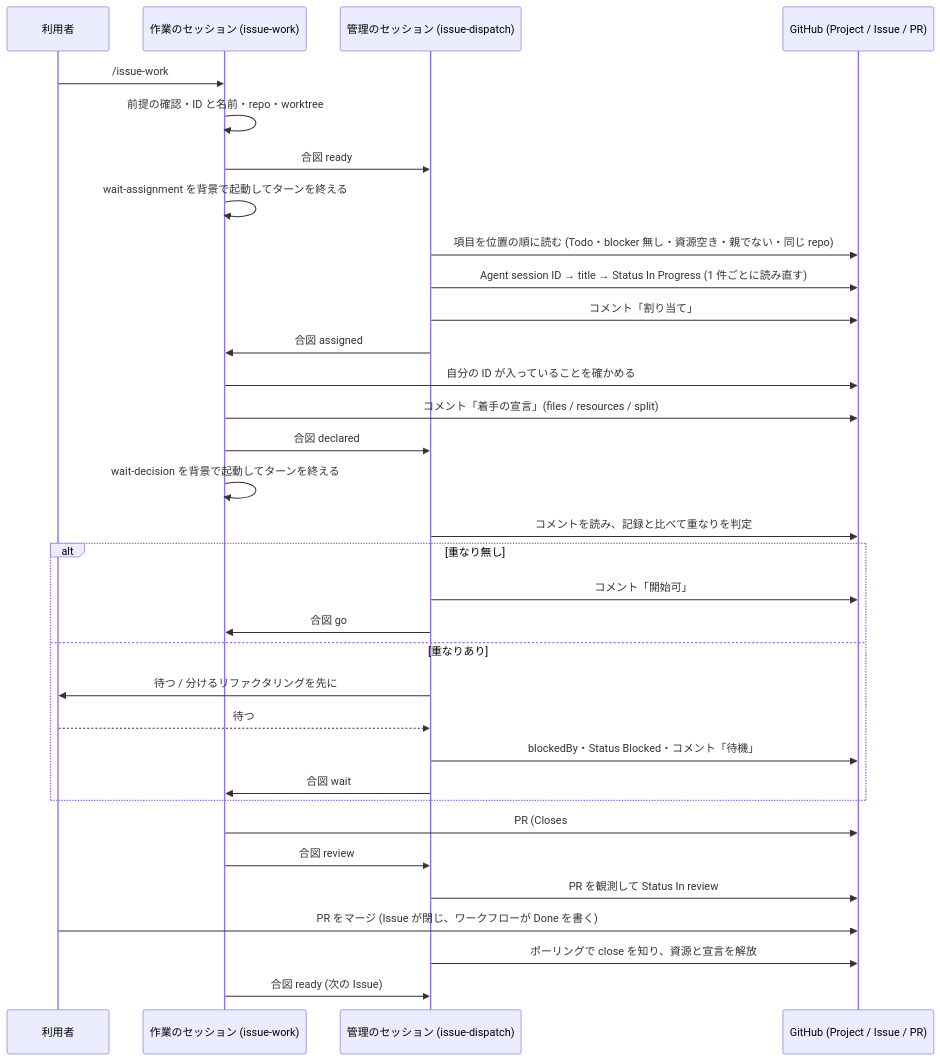
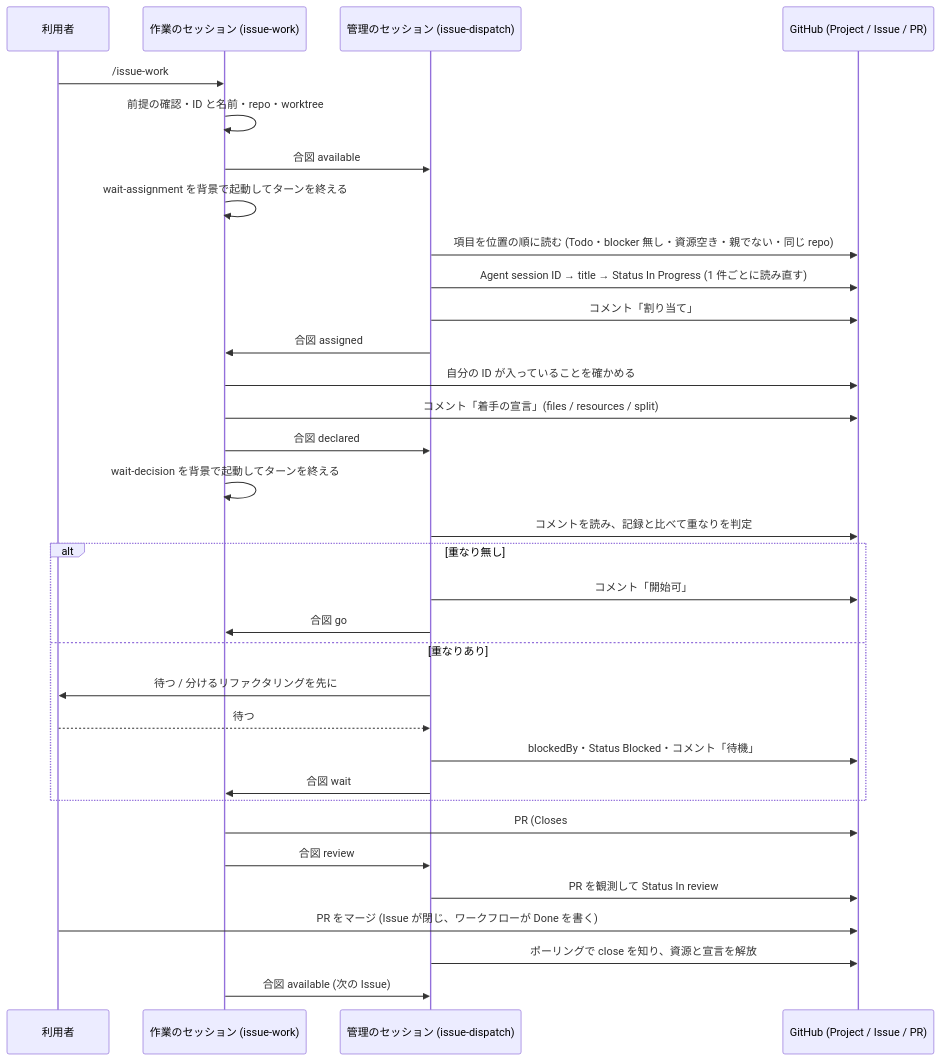
One commit to akm/claude-plugins changed the first of 3 diagrams in docs/plans/2026-10-06-2025-feat-issue-dispatch-plan.md. Above: the diagram before and after it, drawn with Mermaid. The commit also changed other lines of this file, not shown here.

First line of the commit message:
📝 docs(plans): issue-dispatch の合図 ready を available に改名する (#114)

````diff
--- a/docs/plans/2026-10-06-2025-feat-issue-dispatch-plan.md
+++ b/docs/plans/2026-10-06-2025-feat-issue-dispatch-plan.md
@@ -462,36 +462,36 @@
 ```mermaid
 sequenceDiagram
   participant U as 利用者
   participant W as 作業のセッション (issue-work)
   participant M as 管理のセッション (issue-dispatch)
   participant G as GitHub (Project / Issue / PR)
 
   U->>W: /issue-work
   W->>W: 前提の確認・ID と名前・repo・worktree
-  W->>M: 合図 ready
+  W->>M: 合図 available
   W->>W: wait-assignment を背景で起動してターンを終える
   M->>G: 項目を位置の順に読む (Todo・blocker 無し・資源空き・親でない・同じ repo)
   M->>G: Agent session ID → title → Status In Progress (1 件ごとに読み直す)
   M->>G: コメント「割り当て」
   M->>W: 合図 assigned
   W->>G: 自分の ID が入っていることを確かめる
   W->>G: コメント「着手の宣言」(files / resources / split)
   W->>M: 合図 declared
   W->>W: wait-decision を背景で起動してターンを終える
   M->>G: コメントを読み、記録と比べて重なりを判定
   alt 重なり無し
     M->>G: コメント「開始可」
     M->>W: 合図 go
   else 重なりあり
     M->>U: 待つ / 分けるリファクタリングを先に
     U-->>M: 待つ
     M->>G: blockedBy・Status Blocked・コメント「待機」
     M->>W: 合図 wait
   end
   W->>G: PR (Closes #N) を作り ready にする
   W->>M: 合図 review
   M->>G: PR を観測して Status In review
   U->>G: PR をマージ (Issue が閉じ、ワークフローが Done を書く)
   M->>G: ポーリングで close を知り、資源と宣言を解放
-  W->>M: 合図 ready (次の Issue)
+  W->>M: 合図 available (次の Issue)
 ```
````
